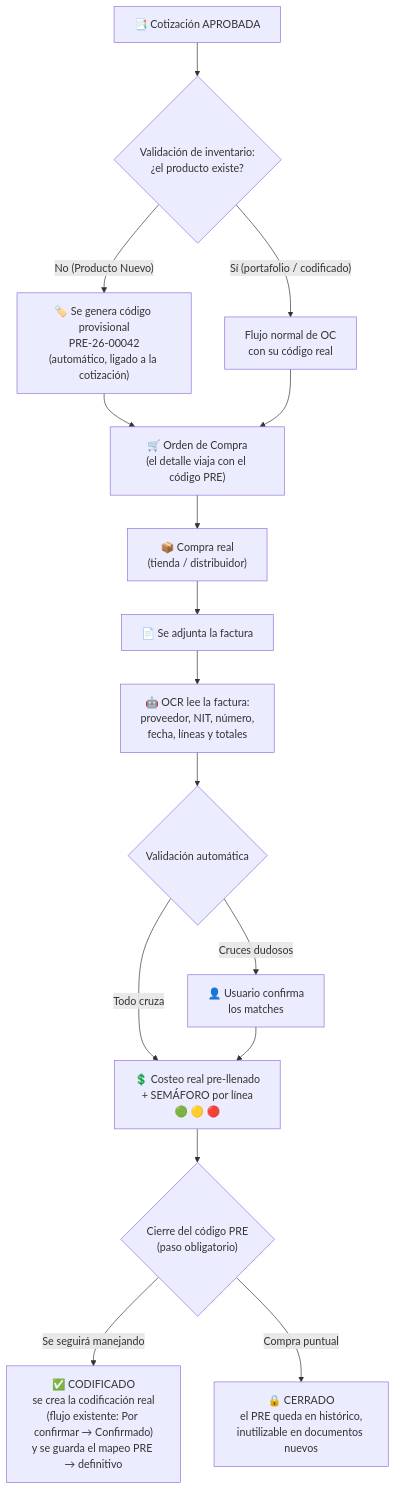
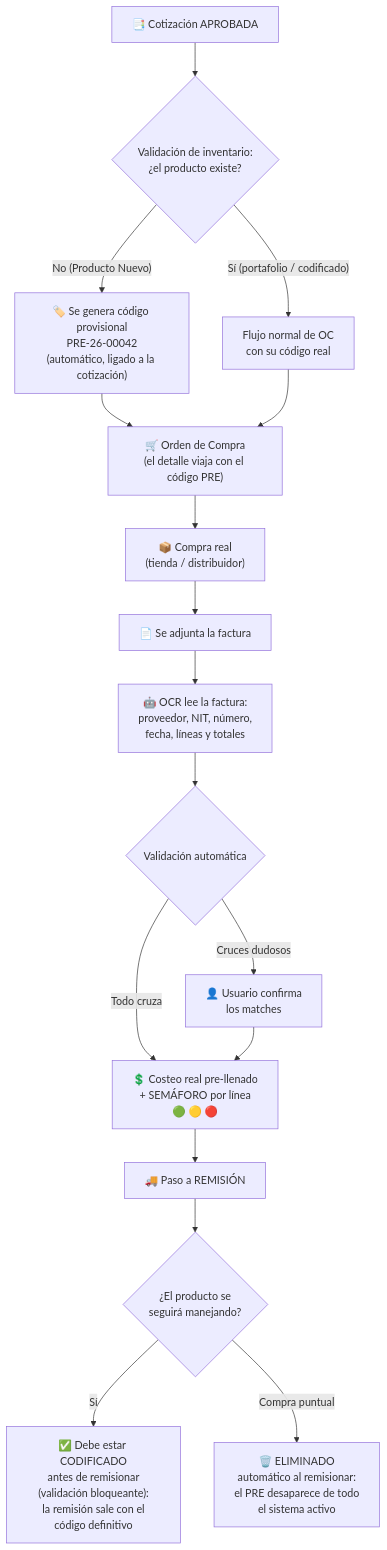
One commit to juliantovar05/Pruebas-farmy changed the first of 3 diagrams in docs/04-codigo-pre-y-ocr-facturas.md. Above: the diagram before and after it, drawn with Mermaid. The commit also changed other lines of this file, not shown here.

First line of the commit message:
Definir la remisión como punto final del código PRE

````diff
--- a/docs/04-codigo-pre-y-ocr-facturas.md
+++ b/docs/04-codigo-pre-y-ocr-facturas.md
@@ -21,18 +21,19 @@
 ```mermaid
 flowchart TB
     A["📑 Cotización APROBADA"] --> B{"Validación de inventario:<br/>¿el producto existe?"}
     B -->|"Sí (portafolio / codificado)"| C["Flujo normal de OC<br/>con su código real"]
     B -->|"No (Producto Nuevo)"| D["🏷️ Se genera código provisional<br/>PRE-26-00042<br/>(automático, ligado a la cotización)"]
     D --> E["🛒 Orden de Compra<br/>(el detalle viaja con el código PRE)"]
     C --> E
     E --> F["📦 Compra real<br/>(tienda / distribuidor)"]
     F --> G["📄 Se adjunta la factura"]
     G --> H["🤖 OCR lee la factura:<br/>proveedor, NIT, número,<br/>fecha, líneas y totales"]
     H --> I{"Validación automática"}
     I -->|"Cruces dudosos"| J["👤 Usuario confirma<br/>los matches"]
     I -->|"Todo cruza"| K
     J --> K["💲 Costeo real pre-llenado<br/>+ SEMÁFORO por línea<br/>🟢 🟡 🔴"]
-    K --> L{"Cierre del código PRE<br/>(paso obligatorio)"}
-    L -->|"Se seguirá manejando"| M["✅ CODIFICADO<br/>se crea la codificación real<br/>(flujo existente: Por confirmar → Confirmado)<br/>y se guarda el mapeo PRE → definitivo"]
-    L -->|"Compra puntual"| N["🔒 CERRADO<br/>el PRE queda en histórico,<br/>inutilizable en documentos nuevos"]
+    K --> L["🚚 Paso a REMISIÓN"]
+    L --> M{"¿El producto se<br/>seguirá manejando?"}
+    M -->|"Sí"| N["✅ Debe estar CODIFICADO<br/>antes de remisionar<br/>(validación bloqueante):<br/>la remisión sale con el<br/>código definitivo"]
+    M -->|"Compra puntual"| O["🗑️ ELIMINADO<br/>automático al remisionar:<br/>el PRE desaparece de todo<br/>el sistema activo"]
 ```
````
